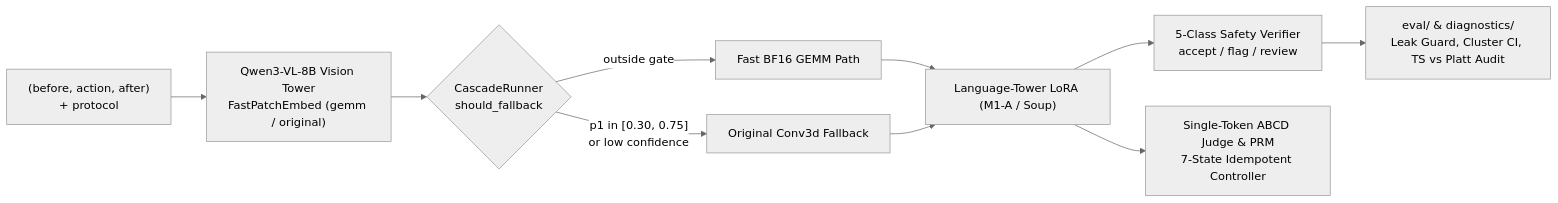
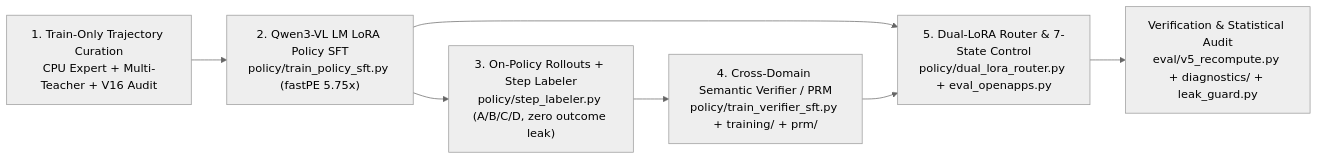
Before and after one commit to ca1tshame/GUI-Transition-Verifier: the diagram in README.md, drawn with Mermaid (neutral theme). The commit also changed other lines of this file and 17 other files, not shown here.

Commit message:
Add V5 OpenApps policy post-training and verifier evaluation

````diff
--- a/README.md
+++ b/README.md
@@ -29,12 +22,9 @@
 ```mermaid
 flowchart LR
-    A["(before, action, after)<br/>+ <tool_call> protocol"] --> B["Qwen3-VL-8B Vision Tower<br/>FastPatchEmbed (gemm / original)"]
-    B --> C{"CascadeRunner<br/>should_fallback"}
-    C -->|"outside gate"| D["Fast BF16 GEMM Path"]
-    C -->|"p1 in [0.30, 0.75]<br/>or low confidence"| E["Original Conv3d Fallback"]
-    D --> F["Language-Tower LoRA (M1-A / Soup)"]
-    E --> F
-    F --> G["5-Class Safety Verifier<br/>accept / flag / review"]
-    F --> H["Single-Token ABCD Judge & PRM<br/>7-State Idempotent Controller"]
-    G --> I["eval/ & diagnostics/<br/>Leak Guard, Cluster CI, TS vs Platt Audit"]
+    A["1. Train-Only Trajectory Curation<br/>CPU Expert + Multi-Teacher + V16 Audit"] --> B["2. Qwen3-VL LM LoRA Policy SFT<br/>policy/train_policy_sft.py (fastPE 5.75x)"]
+    B --> C["3. On-Policy Rollouts + Step Labeler<br/>policy/step_labeler.py (A/B/C/D, zero outcome leak)"]
+    C --> D["4. Cross-Domain Semantic Verifier / PRM<br/>policy/train_verifier_sft.py + training/ + prm/"]
+    B --> E["5. Dual-LoRA Router & 7-State Control<br/>policy/dual_lora_router.py + eval_openapps.py"]
+    D --> E
+    E --> F["Verification & Statistical Audit<br/>eval/v5_recompute.py + diagnostics/ + leak_guard.py"]
 ```
````
